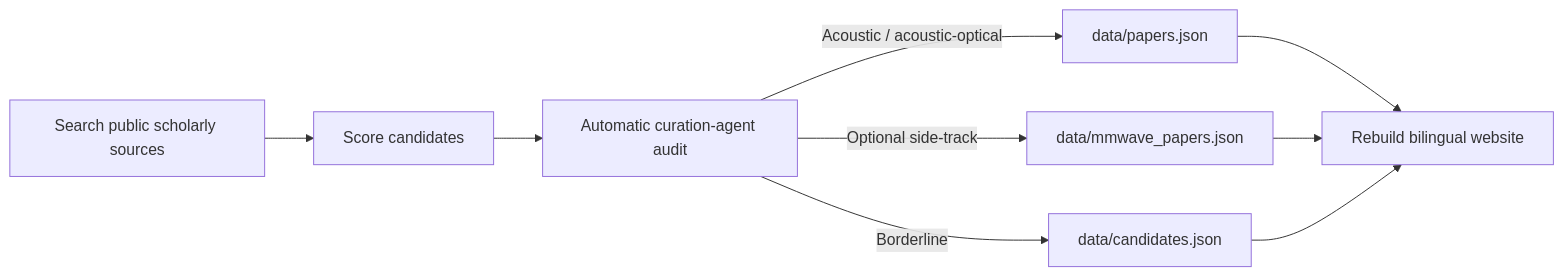
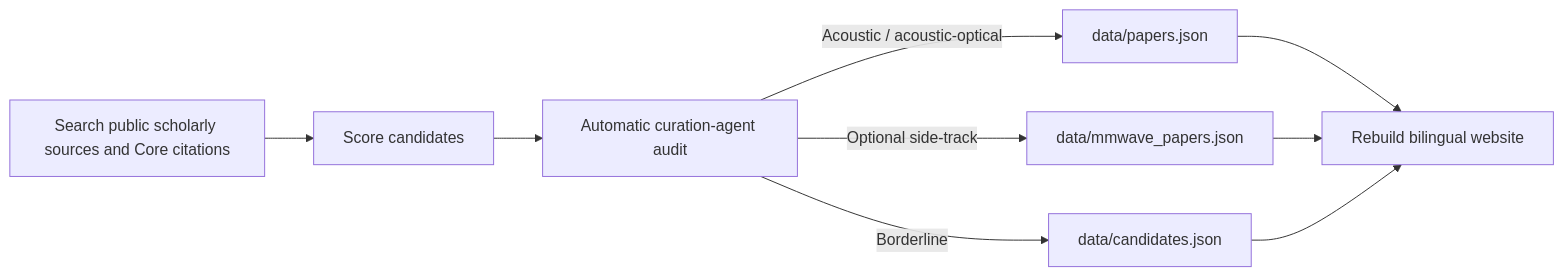
The diagram in README.md (ruixv/acoustic-optics-imaging), drawn with Mermaid before and after one commit. The commit also changed other lines of this file, not shown here.

Commit message:
Document Core citation expansion policy

````diff
--- a/README.md
+++ b/README.md
@@ -102,11 +102,11 @@
 ```mermaid
 flowchart LR
-    A[Search public scholarly sources] --> B[Score candidates]
+    A[Search public scholarly sources and Core citations] --> B[Score candidates]
     B --> C[Automatic curation-agent audit]
     C -->|Acoustic / acoustic-optical| D[data/papers.json]
     C -->|Optional side-track| M[data/mmwave_papers.json]
     C -->|Borderline| E[data/candidates.json]
     D --> F[Rebuild bilingual website]
     M --> F
     E --> F
 ```
````
